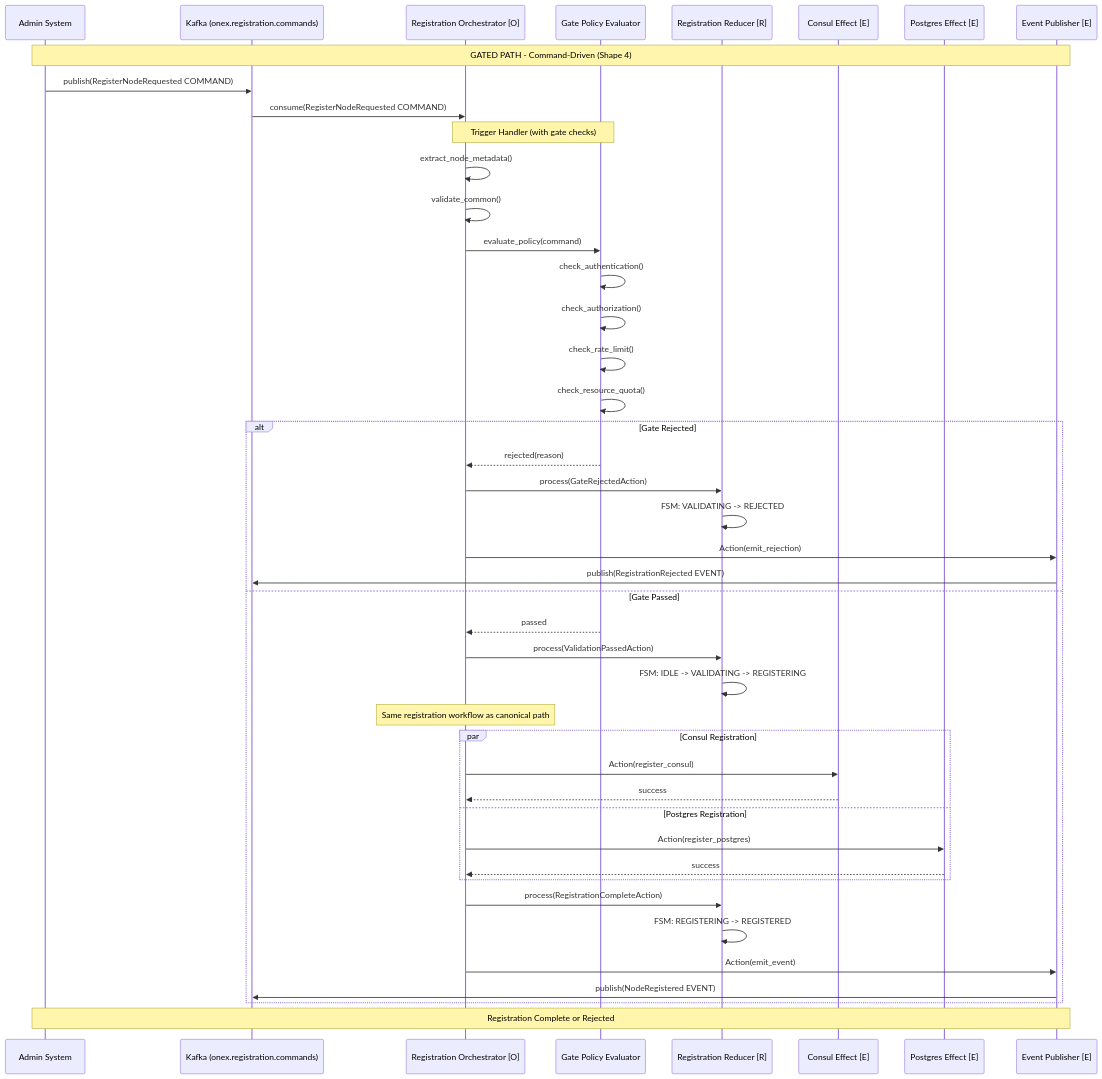
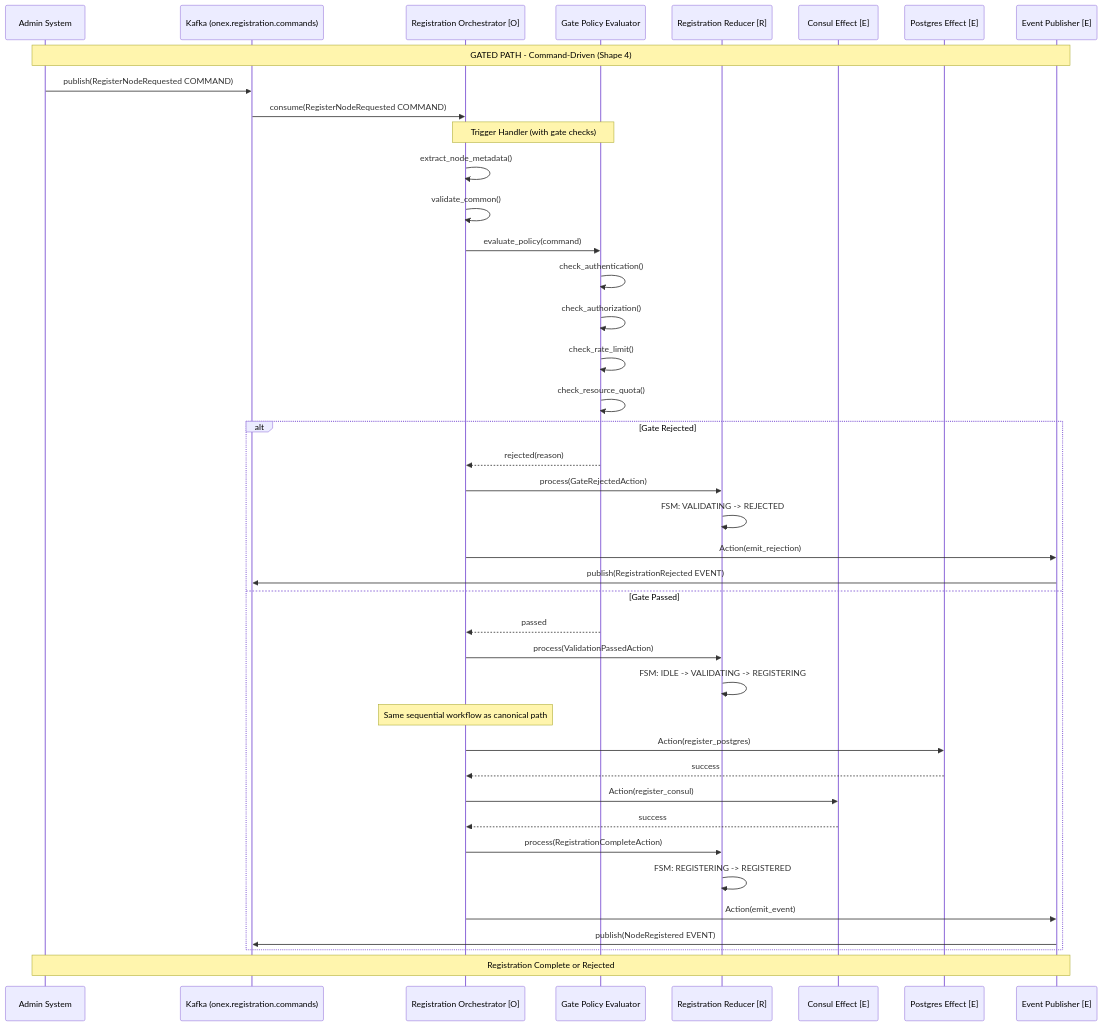
Before and after one commit to OmniNode-ai/omnibase_core: the second of 3 diagrams in docs/architecture/REGISTRATION_TRIGGER_DESIGN.md, drawn with Mermaid. The commit also changed other lines of this file and 103 other files, not shown here.

````diff
--- a/docs/architecture/REGISTRATION_TRIGGER_DESIGN.md
+++ b/docs/architecture/REGISTRATION_TRIGGER_DESIGN.md
@@ -704,58 +711,56 @@
 ```mermaid
 sequenceDiagram
     participant Admin as Admin System
     participant Kafka as Kafka (onex.registration.commands)
     participant Orch as Registration Orchestrator [O]
     participant Gate as Gate Policy Evaluator
     participant Reducer as Registration Reducer [R]
     participant ConsulEff as Consul Effect [E]
     participant PgEff as Postgres Effect [E]
     participant EventEff as Event Publisher [E]
 
     Note over Admin,EventEff: GATED PATH - Command-Driven (Shape 4)
 
     Admin->>Kafka: publish(RegisterNodeRequested COMMAND)
 
     Kafka->>Orch: consume(RegisterNodeRequested COMMAND)
 
     Note over Orch,Gate: Trigger Handler (with gate checks)
     Orch->>Orch: extract_node_metadata()
     Orch->>Orch: validate_common()
 
     Orch->>Gate: evaluate_policy(command)
     Gate->>Gate: check_authentication()
     Gate->>Gate: check_authorization()
     Gate->>Gate: check_rate_limit()
     Gate->>Gate: check_resource_quota()
 
     alt Gate Rejected
         Gate-->>Orch: rejected(reason)
         Orch->>Reducer: process(GateRejectedAction)
         Reducer->>Reducer: FSM: VALIDATING -> REJECTED
         Orch->>EventEff: Action(emit_rejection)
         EventEff->>Kafka: publish(RegistrationRejected EVENT)
     else Gate Passed
         Gate-->>Orch: passed
 
         Orch->>Reducer: process(ValidationPassedAction)
         Reducer->>Reducer: FSM: IDLE -> VALIDATING -> REGISTERING
 
-        Note over Orch: Same registration workflow as canonical path
+        Note over Orch: Same sequential workflow as canonical path
 
-        par Consul Registration
-            Orch->>ConsulEff: Action(register_consul)
-            ConsulEff-->>Orch: success
-        and Postgres Registration
-            Orch->>PgEff: Action(register_postgres)
-            PgEff-->>Orch: success
-        end
+        Orch->>PgEff: Action(register_postgres)
+        PgEff-->>Orch: success
+
+        Orch->>ConsulEff: Action(register_consul)
+        ConsulEff-->>Orch: success
 
         Orch->>Reducer: process(RegistrationCompleteAction)
         Reducer->>Reducer: FSM: REGISTERING -> REGISTERED
 
         Orch->>EventEff: Action(emit_event)
         EventEff->>Kafka: publish(NodeRegistered EVENT)
     end
 
     Note over Admin,EventEff: Registration Complete or Rejected
 ```
````
